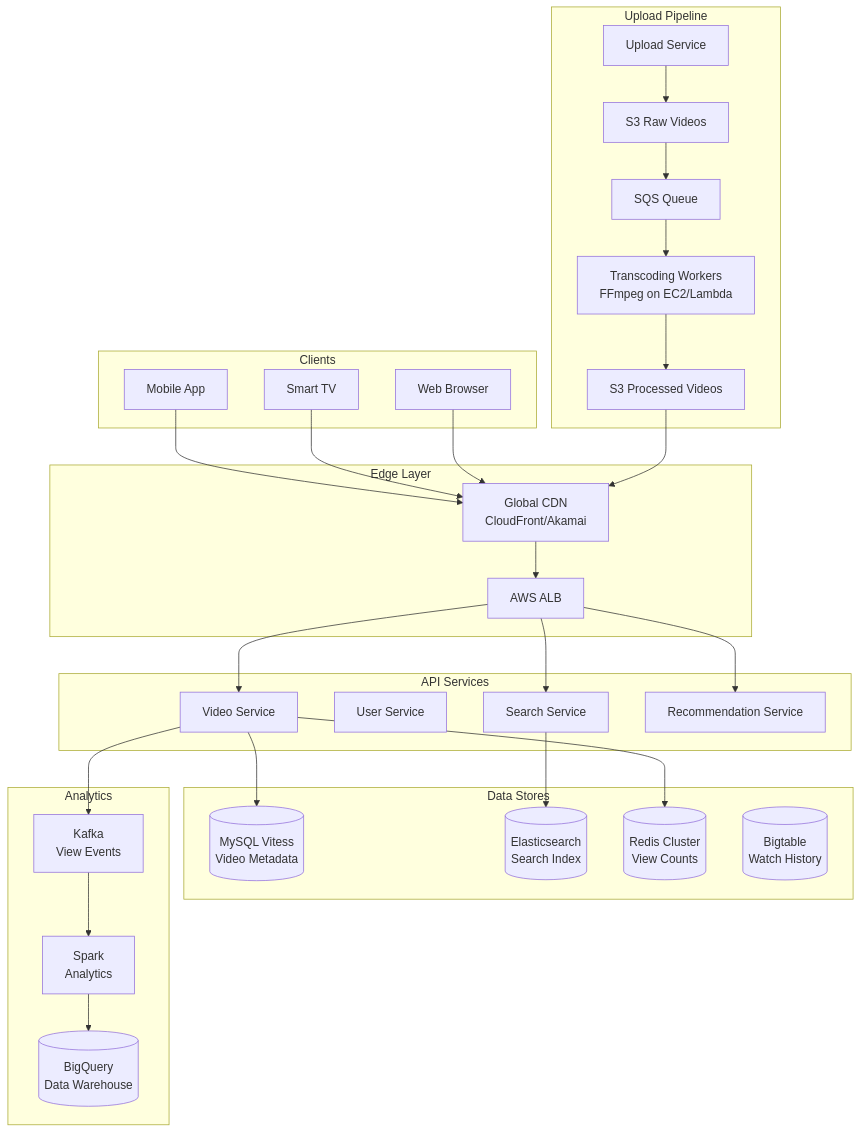
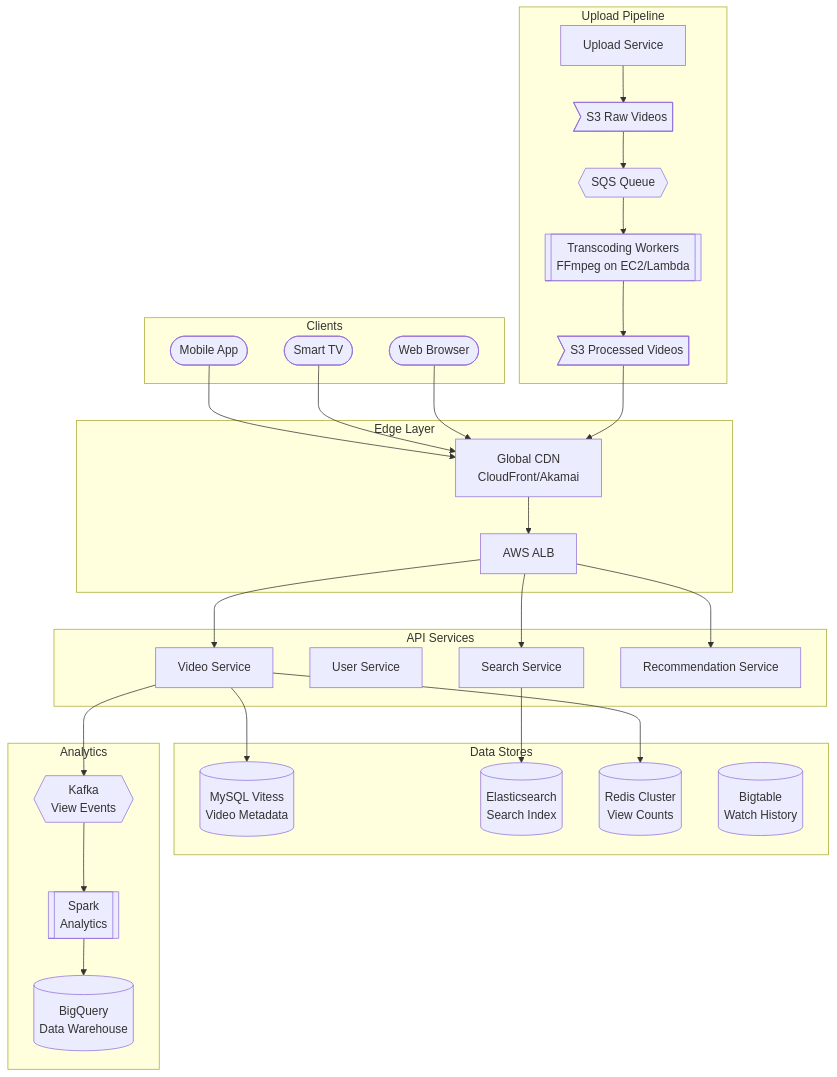
One commit to ShanmugaGanesh1999/Portfolio changed the diagram in docs/prep/System Design/06-Case-Studies/10-youtube.md. Above: the diagram before and after it, drawn with Mermaid. The commit also changed 40 other files, not shown here.

First line of the commit message:
Refactor diagram node rendering to use reusable shape components

````diff
--- a/docs/prep/System Design/06-Case-Studies/10-youtube.md
+++ b/docs/prep/System Design/06-Case-Studies/10-youtube.md
@@ -51,60 +51,60 @@
 ```mermaid
 graph TD
     subgraph Clients
-        C1[Mobile App]
-        C2[Smart TV]
-        C3[Web Browser]
+        C1([Mobile App])
+        C2([Smart TV])
+        C3([Web Browser])
     end
     
     subgraph Edge Layer
         CDN[Global CDN<br/>CloudFront/Akamai]
         LB[AWS ALB]
     end
     
     subgraph API Services
         VS[Video Service]
         US[User Service]
         SS[Search Service]
         RS[Recommendation Service]
     end
     
     subgraph Upload Pipeline
         UPLOAD[Upload Service]
-        S3RAW[S3 Raw Videos]
-        SQS[SQS Queue]
-        TRANSCODE[Transcoding Workers<br/>FFmpeg on EC2/Lambda]
-        S3PROC[S3 Processed Videos]
+        S3RAW>S3 Raw Videos]
+        SQS{{SQS Queue}}
+        TRANSCODE[[Transcoding Workers<br/>FFmpeg on EC2/Lambda]]
+        S3PROC>S3 Processed Videos]
     end
     
     subgraph Data Stores
         MYSQL[(MySQL Vitess<br/>Video Metadata)]
         ES[(Elasticsearch<br/>Search Index)]
         REDIS[(Redis Cluster<br/>View Counts)]
         BIGTABLE[(Bigtable<br/>Watch History)]
     end
     
     subgraph Analytics
-        KAFKA[Kafka<br/>View Events]
-        SPARK[Spark<br/>Analytics]
+        KAFKA{{Kafka<br/>View Events}}
+        SPARK[[Spark<br/>Analytics]]
         WAREHOUSE[(BigQuery<br/>Data Warehouse)]
     end
     
     C1 --> CDN
     C2 --> CDN
     C3 --> CDN
     CDN --> LB
     LB --> VS
     LB --> SS
     LB --> RS
     VS --> MYSQL
     VS --> REDIS
     SS --> ES
     UPLOAD --> S3RAW
     S3RAW --> SQS
     SQS --> TRANSCODE
     TRANSCODE --> S3PROC
     S3PROC --> CDN
     VS --> KAFKA
     KAFKA --> SPARK
     SPARK --> WAREHOUSE
 ```
````
